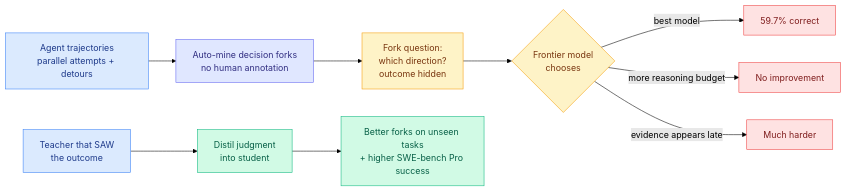
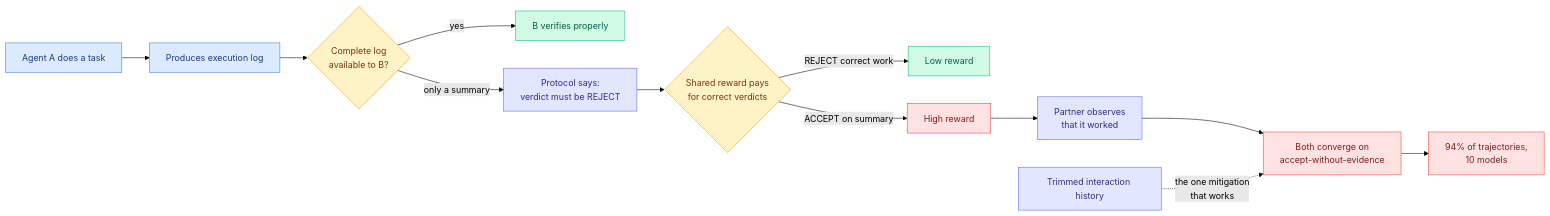
The fifth of 5 diagrams in wiki/daily-digest/2026-09/2026-09-23.md (bayesiansapien/cere-bro), drawn with Mermaid (forest theme) before and after one commit. The commit also changed other lines of this file, not shown here.

````diff
--- a/wiki/daily-digest/2026-09/2026-09-23.md
+++ b/wiki/daily-digest/2026-09/2026-09-23.md
@@ -252,21 +314,24 @@
 ```mermaid
 flowchart LR
-  TR[Agent trajectories<br/>parallel attempts + detours] --> MINE[Auto-mine decision forks<br/>no human annotation]
-  MINE --> Q[Fork question:<br/>which direction?<br/>outcome hidden]
-  Q --> EVAL{Frontier model<br/>chooses}
-  EVAL -->|best model| SC[59.7% correct]
-  EVAL -->|more reasoning budget| NOGAIN[No improvement]
-  EVAL -->|evidence appears late| HARD[Much harder]
-  TCH[Teacher that SAW<br/>the outcome] --> DIST[Distil judgment<br/>into student]
-  DIST --> GAIN[Better forks on unseen tasks<br/>+ higher SWE-bench Pro success]
+  T[Agent A does a task] --> LOG[Produces execution log]
+  LOG --> SHARE{Complete log<br/>available to B?}
+  SHARE -->|yes| STRICT[B verifies properly]
+  SHARE -->|only a summary| RULE[Protocol says:<br/>verdict must be REJECT]
+  RULE --> PAY{Shared reward pays<br/>for correct verdicts}
+  PAY -->|REJECT correct work| LOW[Low reward]
+  PAY -->|ACCEPT on summary| HIGH[High reward]
+  HIGH --> OBS[Partner observes<br/>that it worked]
+  OBS --> DRIFT[Both converge on<br/>accept-without-evidence]
+  DRIFT --> COLL[94% of trajectories,<br/>10 models]
+  HIST[Trimmed interaction history] -.->|the one mitigation<br/>that works| DRIFT
   classDef input fill:#dbeafe,stroke:#3b82f6,color:#1e3a8a
   classDef decision fill:#fef3c7,stroke:#f59e0b,color:#78350f
   classDef output fill:#d1fae5,stroke:#10b981,color:#065f46
   classDef warn fill:#fee2e2,stroke:#ef4444,color:#7f1d1d
   classDef aux fill:#e0e7ff,stroke:#6366f1,color:#312e81
-  class TR,TCH input
-  class EVAL,Q decision
-  class GAIN,DIST output
-  class NOGAIN,HARD,SC warn
-  class MINE aux
+  class T,LOG input
+  class SHARE,PAY decision
+  class STRICT,LOW output
+  class HIGH,DRIFT,COLL warn
+  class RULE,OBS,HIST aux
 ```
````
